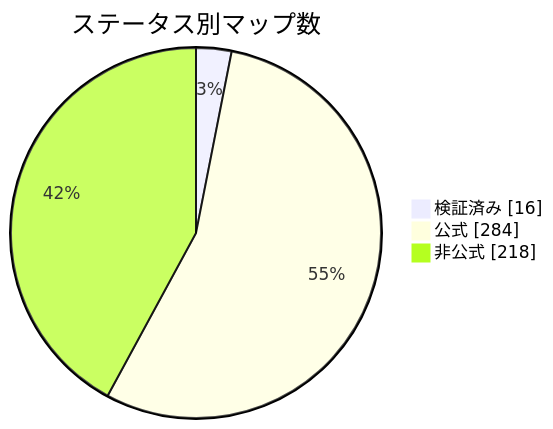
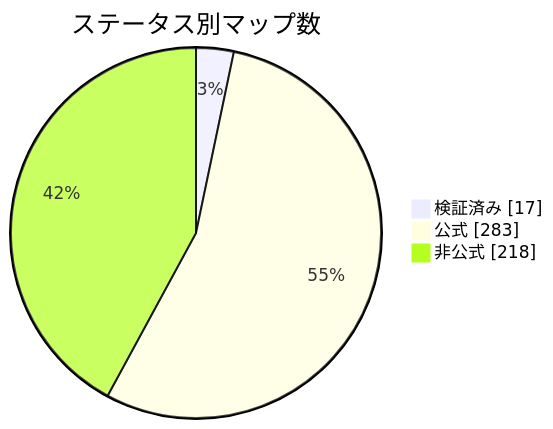
One commit to nobrega8/mbmap-library changed the diagram in docs/readme/README_JP.md. Above: the diagram before and after it, drawn with Mermaid. The commit also changed 5 other files, not shown here.

````diff
--- a/docs/readme/README_JP.md
+++ b/docs/readme/README_JP.md
@@ -54,7 +54,7 @@
 ```mermaid
 pie showData
     title ステータス別マップ数
-    "検証済み" : 16
-    "公式" : 284
+    "検証済み" : 17
+    "公式" : 283
     "非公式" : 218
 ```
````
